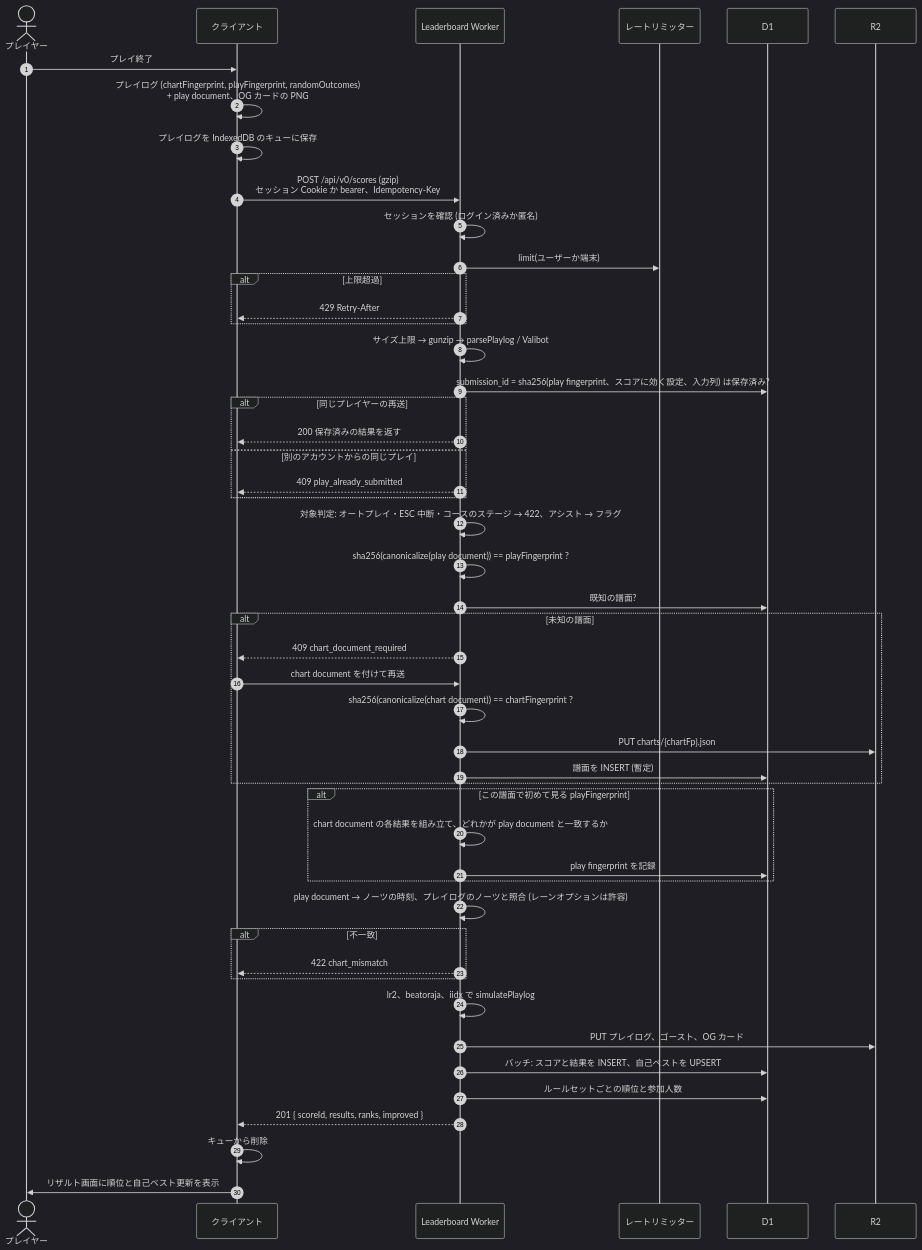
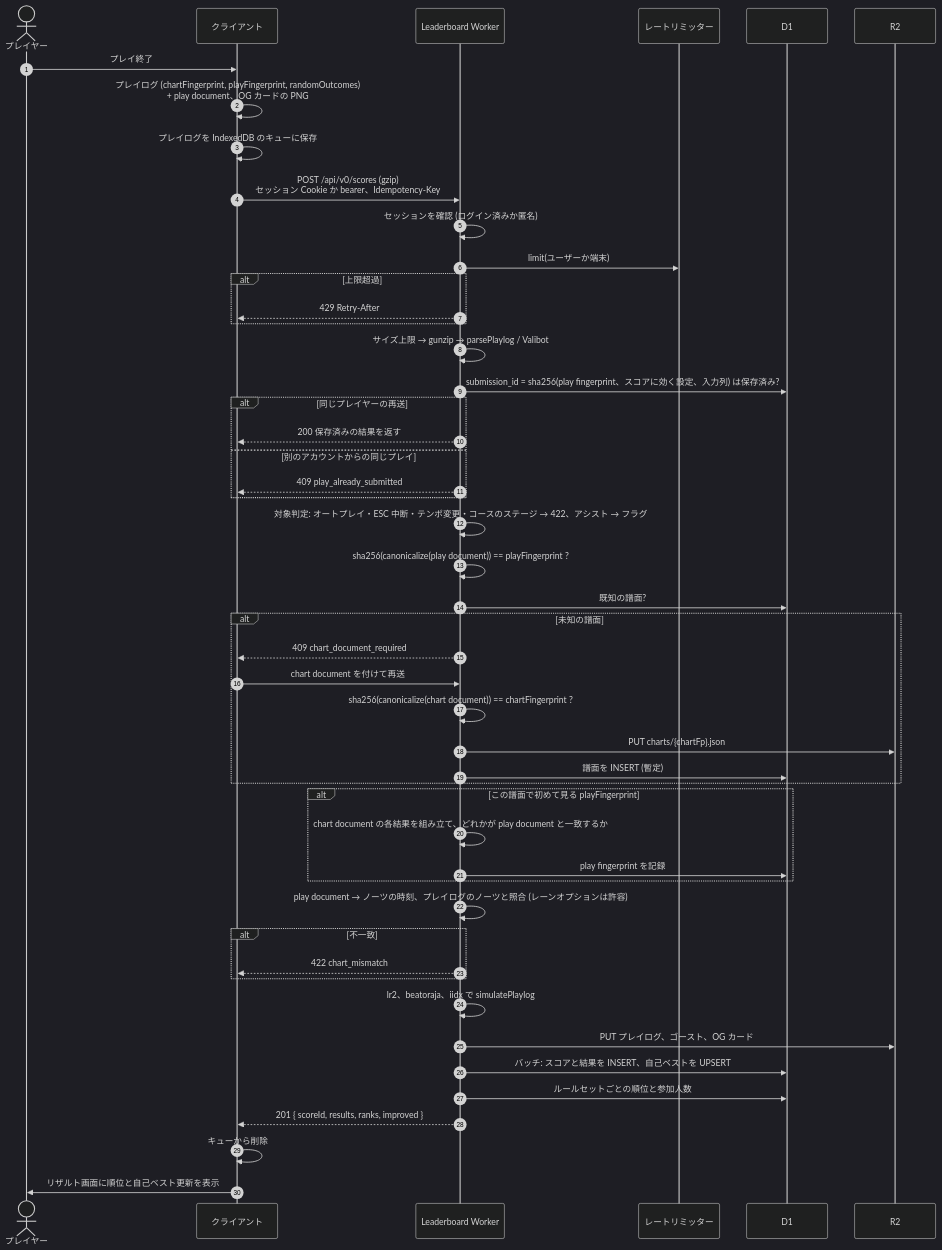
One commit to nulltask/be-music changed the first of 2 diagrams in docs/leaderboard.ja.md. Above: the diagram before and after it, drawn with Mermaid (dark theme). The commit also changed other lines of this file and 6 other files, not shown here.

````diff
--- a/docs/leaderboard.ja.md
+++ b/docs/leaderboard.ja.md
@@ -135,52 +135,52 @@
 ```mermaid
 sequenceDiagram
     autonumber
     actor P as プレイヤー
     participant C as クライアント
     participant A as Leaderboard Worker
     participant RL as レートリミッター
     participant D as D1
     participant R as R2
 
     P->>C: プレイ終了
     C->>C: プレイログ (chartFingerprint, playFingerprint, randomOutcomes)<br/>+ play document、OG カードの PNG
     C->>C: プレイログを IndexedDB のキューに保存
     C->>A: POST /api/v0/scores (gzip)<br/>セッション Cookie か bearer、Idempotency-Key
     A->>A: セッションを確認 (ログイン済みか匿名)
     A->>RL: limit(ユーザーか端末)
     alt 上限超過
         A-->>C: 429 Retry-After
     end
     A->>A: サイズ上限 → gunzip → parsePlaylog / Valibot
     A->>D: submission_id = sha256(play fingerprint、スコアに効く設定、入力列) は保存済み?
     alt 同じプレイヤーの再送
         A-->>C: 200 保存済みの結果を返す
     else 別のアカウントからの同じプレイ
         A-->>C: 409 play_already_submitted
     end
-    A->>A: 対象判定: オートプレイ・ESC 中断・コースのステージ → 422、アシスト → フラグ
+    A->>A: 対象判定: オートプレイ・ESC 中断・テンポ変更・コースのステージ → 422、アシスト → フラグ
     A->>A: sha256(canonicalize(play document)) == playFingerprint ?
     A->>D: 既知の譜面?
     alt 未知の譜面
         A-->>C: 409 chart_document_required
         C->>A: chart document を付けて再送
         A->>A: sha256(canonicalize(chart document)) == chartFingerprint ?
         A->>R: PUT charts/{chartFp}.json
         A->>D: 譜面を INSERT (暫定)
     end
     alt この譜面で初めて見る playFingerprint
         A->>A: chart document の各結果を組み立て、どれかが play document と一致するか
         A->>D: play fingerprint を記録
     end
     A->>A: play document → ノーツの時刻、プレイログのノーツと照合 (レーンオプションは許容)
     alt 不一致
         A-->>C: 422 chart_mismatch
     end
     A->>A: lr2、beatoraja、iidx で simulatePlaylog
     A->>R: PUT プレイログ、ゴースト、OG カード
     A->>D: バッチ: スコアと結果を INSERT、自己ベストを UPSERT
     A->>D: ルールセットごとの順位と参加人数
     A-->>C: 201 { scoreId, results, ranks, improved }
     C->>C: キューから削除
     C->>P: リザルト画面に順位と自己ベスト更新を表示
 ```
````
